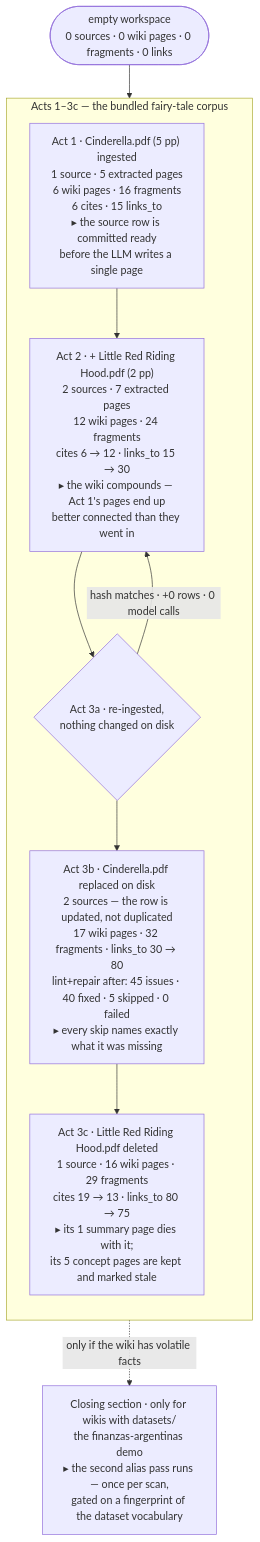
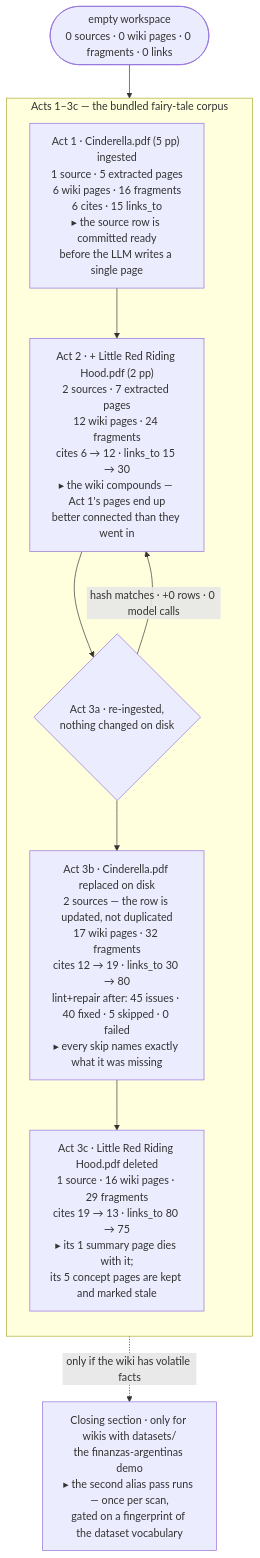
Before and after one commit to Clod/llmwiki-marimo: the third of 5 diagrams in docs/ingestion_walkthrough.md, drawn with Mermaid. The commit also changed other lines of this file, not shown here.

````diff
--- a/docs/ingestion_walkthrough.md
+++ b/docs/ingestion_walkthrough.md
@@ -808,19 +826,19 @@
 ```mermaid
 flowchart TD
     E(["empty workspace<br/>0 sources · 0 wiki pages · 0 fragments · 0 links"])
 
     subgraph FT ["Acts 1–3c — the bundled fairy-tale corpus"]
         direction TB
         A1["Act 1 · Cinderella.pdf (5 pp) ingested<br/>1 source · 5 extracted pages<br/>6 wiki pages · 16 fragments<br/>6 cites · 15 links_to<br/>▸ the source row is committed ready<br/>before the LLM writes a single page"]
         A2["Act 2 · + Little Red Riding Hood.pdf (2 pp)<br/>2 sources · 7 extracted pages<br/>12 wiki pages · 24 fragments<br/>cites 6 → 12 · links_to 15 → 30<br/>▸ the wiki compounds — Act 1's pages end up<br/>better connected than they went in"]
         A3a{"Act 3a · re-ingested,<br/>nothing changed on disk"}
-        A3b["Act 3b · Cinderella.pdf replaced on disk<br/>2 sources — the row is updated, not duplicated<br/>17 wiki pages · 32 fragments · links_to 30 → 80<br/>lint+repair after: 45 issues · 40 fixed · 5 skipped · 0 failed<br/>▸ every skip names exactly what it was missing"]
+        A3b["Act 3b · Cinderella.pdf replaced on disk<br/>2 sources — the row is updated, not duplicated<br/>17 wiki pages · 32 fragments<br/>cites 12 → 19 · links_to 30 → 80<br/>lint+repair after: 45 issues · 40 fixed · 5 skipped · 0 failed<br/>▸ every skip names exactly what it was missing"]
         A3c["Act 3c · Little Red Riding Hood.pdf deleted<br/>1 source · 16 wiki pages · 29 fragments<br/>cites 19 → 13 · links_to 80 → 75<br/>▸ its 1 summary page dies with it;<br/>its 5 concept pages are kept and marked stale"]
     end
 
     COD["Closing section · only for wikis with datasets/<br/>the finanzas-argentinas demo<br/>▸ the second alias pass runs — once per scan,<br/>gated on a fingerprint of the dataset vocabulary"]
 
     E --> A1 --> A2 --> A3a
     A3a -->|"hash matches · +0 rows · 0 model calls"| A2
     A3a --> A3b --> A3c -.->|"only if the wiki has volatile facts"| COD
 ```
````
